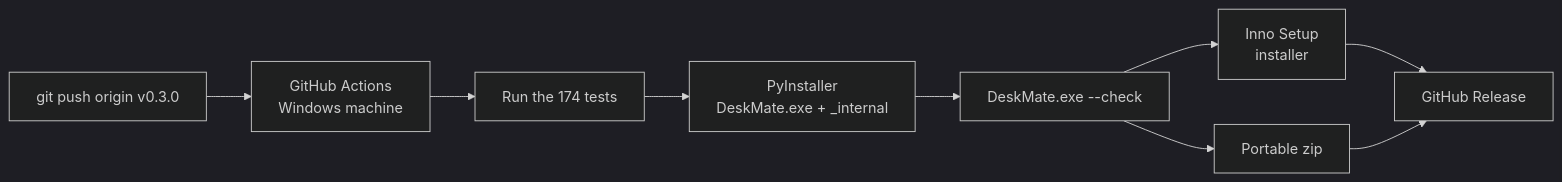
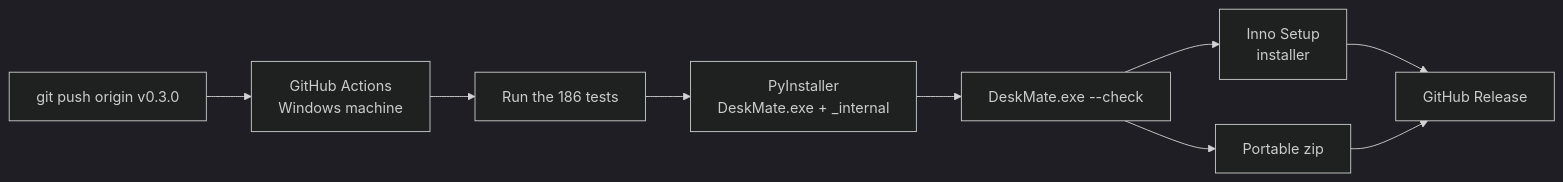
Before and after one commit to MuizKmz/deskmate: the third of 3 diagrams in TUTORIAL.md, drawn with Mermaid (dark theme). The commit also changed other lines of this file and 21 other files, not shown here.

````diff
--- a/TUTORIAL.md
+++ b/TUTORIAL.md
@@ -589,11 +605,11 @@
 ```mermaid
 flowchart LR
     T["git push origin v0.3.0"] --> GA[GitHub Actions<br/>Windows machine]
-    GA --> TS[Run the 174 tests]
+    GA --> TS[Run the 186 tests]
     TS --> PI["PyInstaller<br/>DeskMate.exe + _internal"]
     PI --> CK["DeskMate.exe --check"]
     CK --> IS[Inno Setup<br/>installer]
     CK --> ZIP[Portable zip]
     IS --> R[GitHub Release]
     ZIP --> R
 ```
````
